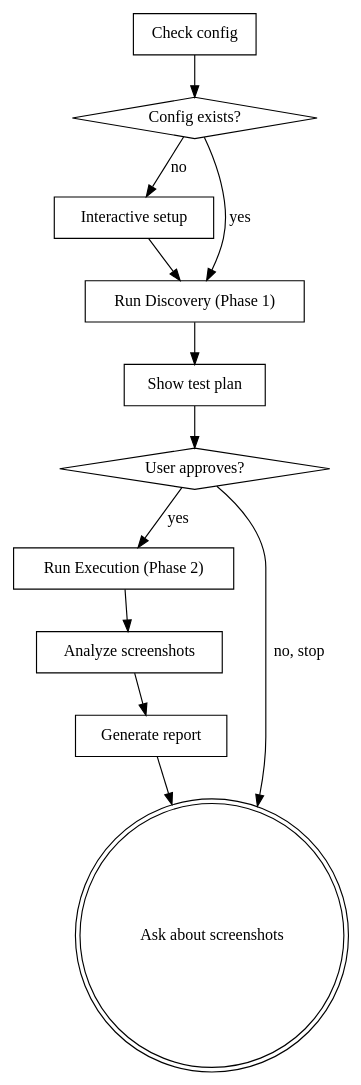
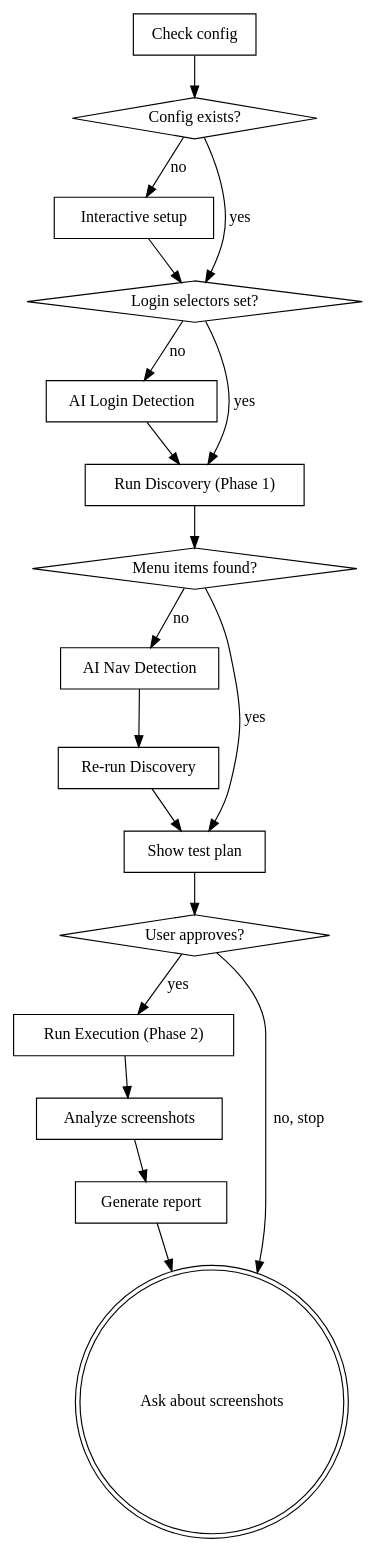
Before and after one commit to hoadinh2010/smart-crawler-visual-testing: the diagram in SKILL.md, drawn with Graphviz. The commit also changed other lines of this file, not shown here.

Commit message:
feat: add AI login/nav detection to SKILL.md

````diff
--- a/SKILL.md
+++ b/SKILL.md
@@ -29,26 +29,38 @@
 ```dot
 digraph smart_crawler {
   "Check config" [shape=box];
   "Config exists?" [shape=diamond];
   "Interactive setup" [shape=box];
+  "Login selectors set?" [shape=diamond];
+  "AI Login Detection" [shape=box];
   "Run Discovery (Phase 1)" [shape=box];
+  "Menu items found?" [shape=diamond];
+  "AI Nav Detection" [shape=box];
+  "Re-run Discovery" [shape=box];
   "Show test plan" [shape=box];
   "User approves?" [shape=diamond];
   "Run Execution (Phase 2)" [shape=box];
   "Analyze screenshots" [shape=box];
   "Generate report" [shape=box];
   "Ask about screenshots" [shape=doublecircle];
 
   "Check config" -> "Config exists?";
   "Config exists?" -> "Interactive setup" [label="no"];
-  "Config exists?" -> "Run Discovery (Phase 1)" [label="yes"];
-  "Interactive setup" -> "Run Discovery (Phase 1)";
-  "Run Discovery (Phase 1)" -> "Show test plan";
+  "Config exists?" -> "Login selectors set?" [label="yes"];
+  "Interactive setup" -> "Login selectors set?";
+  "Login selectors set?" -> "AI Login Detection" [label="no"];
+  "Login selectors set?" -> "Run Discovery (Phase 1)" [label="yes"];
+  "AI Login Detection" -> "Run Discovery (Phase 1)";
+  "Run Discovery (Phase 1)" -> "Menu items found?";
+  "Menu items found?" -> "AI Nav Detection" [label="no"];
+  "Menu items found?" -> "Show test plan" [label="yes"];
+  "AI Nav Detection" -> "Re-run Discovery";
+  "Re-run Discovery" -> "Show test plan";
   "Show test plan" -> "User approves?";
   "User approves?" -> "Run Execution (Phase 2)" [label="yes"];
   "User approves?" -> "Ask about screenshots" [label="no, stop"];
   "Run Execution (Phase 2)" -> "Analyze screenshots";
   "Analyze screenshots" -> "Generate report";
   "Generate report" -> "Ask about screenshots";
 }
 ```
````
